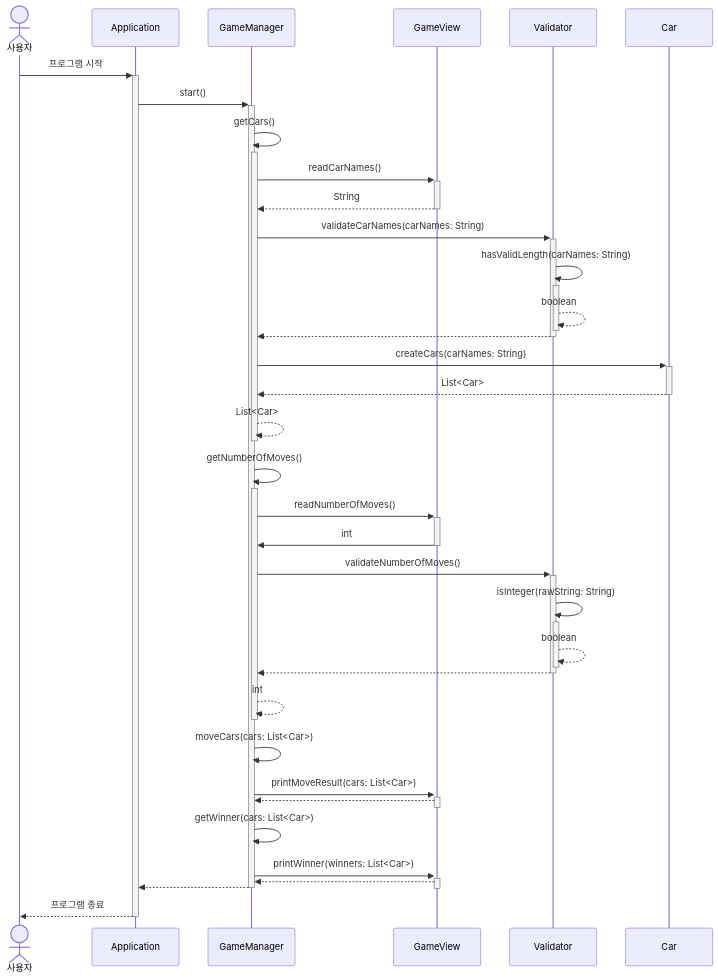
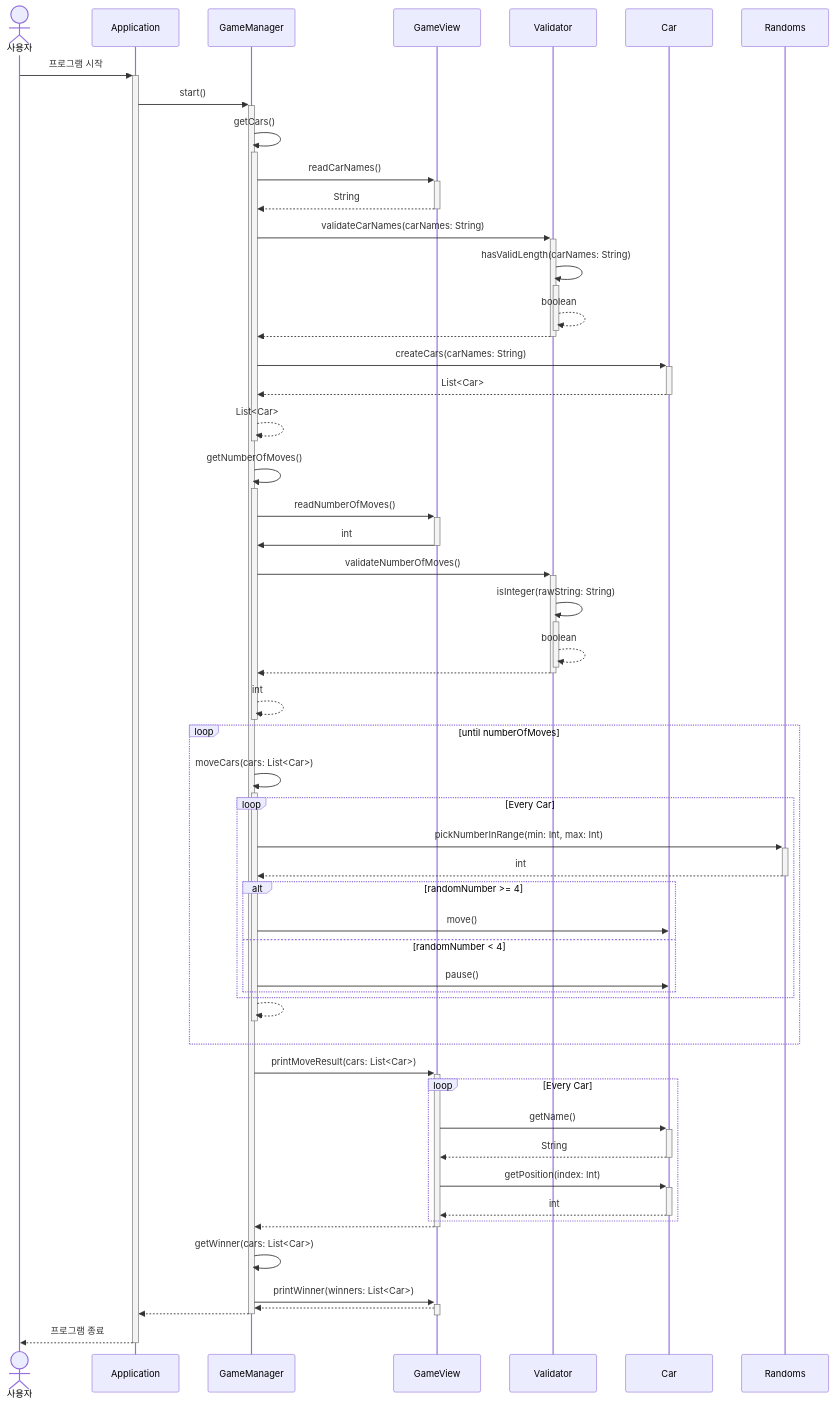
Before and after one commit to woowacourse-precourse/java-racingcar-6: the third of 3 diagrams in docs/README.md, drawn with Mermaid. The commit also changed other lines of this file, not shown here.

Commit message:
docs: adding process for P-01, O-03

````diff
--- a/docs/README.md
+++ b/docs/README.md
@@ -106,35 +107,53 @@
 ```mermaid
 sequenceDiagram
 	actor 사용자
 	participant Application
 	participant GameManager
 	participant GameView
 	사용자->>+Application: 프로그램 시작
 	Application->>+GameManager: start()
 	GameManager->>+GameManager: getCars()
 	GameManager->>+GameView: readCarNames()
 	GameView-->>-GameManager: String
 	GameManager->>+Validator: validateCarNames(carNames: String)
 	Validator->>+Validator: hasValidLength(carNames: String)
 	Validator-->>-Validator: boolean
 	Validator-->>-GameManager: 
 	GameManager->>+Car: createCars(carNames: String)
 	Car-->>-GameManager: List<Car>
 	GameManager-->>-GameManager: List<Car>
 	GameManager->>+GameManager: getNumberOfMoves()
 	GameManager->>+GameView: readNumberOfMoves()
 	GameView->>-GameManager: int
 	GameManager->>+Validator: validateNumberOfMoves()
 	Validator->>+Validator: isInteger(rawString: String)
 	Validator-->>-Validator: boolean
 	Validator-->>-GameManager: 
 	GameManager-->>-GameManager: int
-	GameManager->>GameManager: moveCars(cars: List<Car>)
+	loop until numberOfMoves
+        GameManager->>+GameManager: moveCars(cars: List<Car>)
+        loop Every Car
+          GameManager->>+Randoms: pickNumberInRange(min: Int, max: Int)
+          Randoms-->>-GameManager: int
+          alt randomNumber >= 4
+          GameManager->>Car: move()
+          else randomNumber < 4
+          GameManager->>Car: pause()
+          end
+        end
+        GameManager-->>-GameManager: 
+    end
 	GameManager->>+GameView: printMoveResult(cars: List<Car>)
+	loop Every Car
+        GameView->>+Car: getName()
+        Car-->>-GameView: String
+        GameView->>+Car: getPosition(index: Int)
+        Car-->>-GameView: int
+    end
 	GameView-->>-GameManager: 
 	GameManager->>GameManager: getWinner(cars: List<Car>)
 	GameManager->>+GameView: printWinner(winners: List<Car>)
 	GameView-->>-GameManager: 
 	GameManager-->>-Application: 
 	Application-->>-사용자: 프로그램 종료
 ```
````
